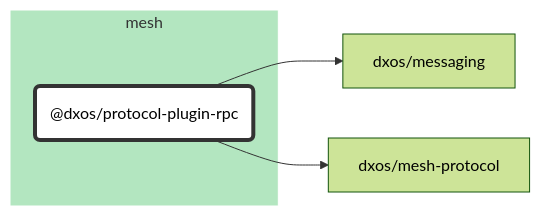
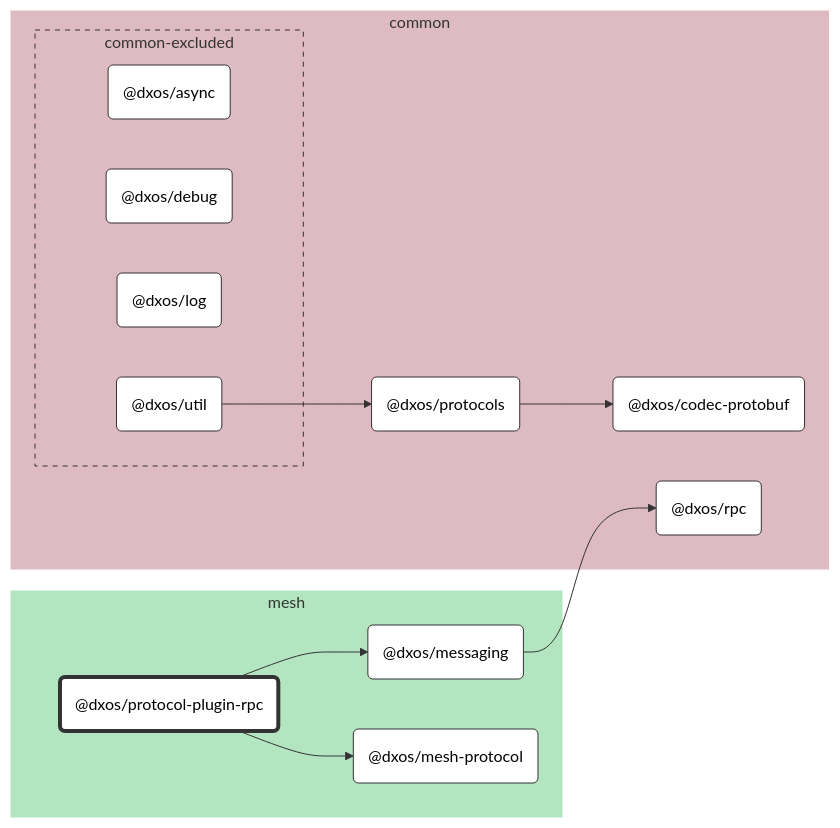
Before and after one commit to dxos/dxos: the diagram in packages/mesh/protocol-plugin-rpc/docs/README.md, drawn with Mermaid (forest theme). The commit also changed 65 other files, not shown here.

````diff
--- a/packages/mesh/protocol-plugin-rpc/docs/README.md
+++ b/packages/mesh/protocol-plugin-rpc/docs/README.md
@@ -7,22 +7,51 @@
 ```mermaid
 %%{ init: {'flowchart':{'curve':'basis'}} }%%
 
 flowchart LR
 
 %% Classes
 classDef def fill:#fff,stroke:#333,stroke-width:1px
 classDef root fill:#fff,stroke:#333,stroke-width:4px
 
 %% Nodes
 
 subgraph mesh [mesh]
   style mesh fill:#b3e6c0,stroke:#fff
   dxos/protocol-plugin-rpc("@dxos/protocol-plugin-rpc"):::root
   click dxos/protocol-plugin-rpc "dxos/dxos/tree/main/packages/mesh/protocol-plugin-rpc/docs"
+  dxos/messaging("@dxos/messaging"):::def
+  click dxos/messaging "dxos/dxos/tree/main/packages/mesh/messaging/docs"
+  dxos/mesh-protocol("@dxos/mesh-protocol"):::def
+  click dxos/mesh-protocol "dxos/dxos/tree/main/packages/mesh/mesh-protocol/docs"
+end
+
+subgraph common [common]
+  style common fill:#debac2,stroke:#fff
+  dxos/codec-protobuf("@dxos/codec-protobuf"):::def
+  click dxos/codec-protobuf "dxos/dxos/tree/main/packages/common/codec-protobuf/docs"
+  dxos/protocols("@dxos/protocols"):::def
+  click dxos/protocols "dxos/dxos/tree/main/packages/common/protocols/docs"
+  dxos/rpc("@dxos/rpc"):::def
+  click dxos/rpc "dxos/dxos/tree/main/packages/common/rpc/docs"
+
+  subgraph common-excluded [common-excluded]
+    style common-excluded fill:#debac2,stroke:#333,stroke-dasharray:5 5
+    dxos/async("@dxos/async"):::def
+    click dxos/async "dxos/dxos/tree/main/packages/common/async/docs"
+    dxos/debug("@dxos/debug"):::def
+    click dxos/debug "dxos/dxos/tree/main/packages/common/debug/docs"
+    dxos/log("@dxos/log"):::def
+    click dxos/log "dxos/dxos/tree/main/packages/common/log/docs"
+    dxos/util("@dxos/util"):::def
+    click dxos/util "dxos/dxos/tree/main/packages/common/util/docs"
+  end
 end
 
 %% Links
 linkStyle default stroke:#333,stroke-width:1px
 dxos/protocol-plugin-rpc --> dxos/messaging
+dxos/protocols --> dxos/codec-protobuf
+dxos/messaging --> dxos/rpc
+dxos/util --> dxos/protocols
 dxos/protocol-plugin-rpc --> dxos/mesh-protocol
 ```
````
